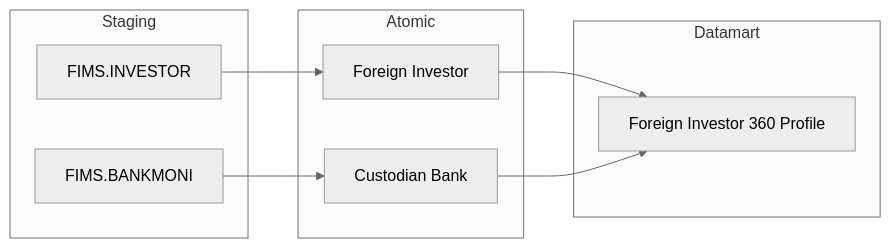
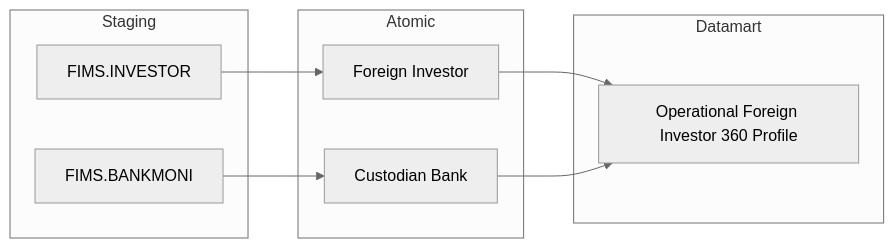
One commit to linhlvit/ubck_atomic_design changed the third of 26 diagrams in Datamart/hld/DTM_NDTNN_HLD.md. Above: the diagram before and after it, drawn with Mermaid (neutral theme). The commit also changed other lines of this file and 62 other files, not shown here.

````diff
--- a/Datamart/hld/DTM_NDTNN_HLD.md
+++ b/Datamart/hld/DTM_NDTNN_HLD.md
@@ -66,22 +105,22 @@
 ```mermaid
 flowchart LR
     subgraph SRC["Staging"]
         S1["FIMS.INVESTOR"]
         S2["FIMS.BANKMONI"]
     end
 
     subgraph SIL["Atomic"]
         SV1["Foreign Investor"]
         SV2["Custodian Bank"]
     end
 
     subgraph Datamart["Datamart"]
-        G1["Foreign Investor 360 Profile"]
+        G1["Operational Foreign Investor 360 Profile"]
     end
 
     S1 --> SV1
     S2 --> SV2
 
     SV1 --> G1
     SV2 --> G1
 ```
````
